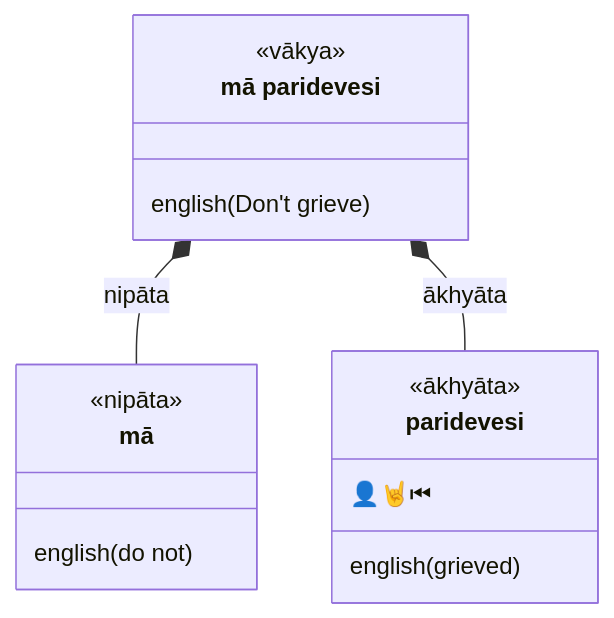
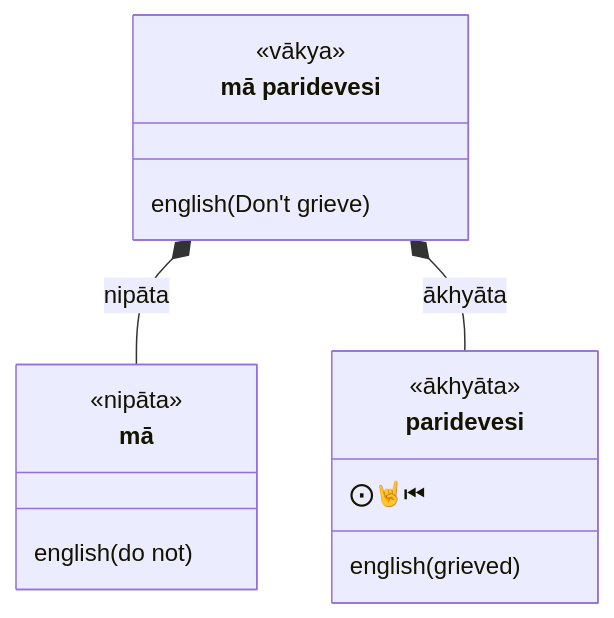
One commit to ChristineTham/buddhavacana changed diagram 16 of 60 in content/en/docs/Pali/sentences.md. Above: the diagram before and after it, drawn with Mermaid. The commit also changed other lines of this file and 71 other files, not shown here.

````diff
--- a/content/en/docs/Pali/sentences.md
+++ b/content/en/docs/Pali/sentences.md
@@ -524,18 +524,18 @@
 ```mermaid
 classDiagram
   class sentence["mā paridevesi"] {
     <<vākya>>
     english(Don't grieve)
   }
   class mā {
     <<nipāta>>
     english(do not)
   }
   class paridevesi {
     <<ākhyāta>>
-     👤🤘⏮
+     ⨀🤘⏮
     english(grieved)
   }
   sentence *-- mā : nipāta
   sentence *-- paridevesi: ākhyāta
 ```
````
